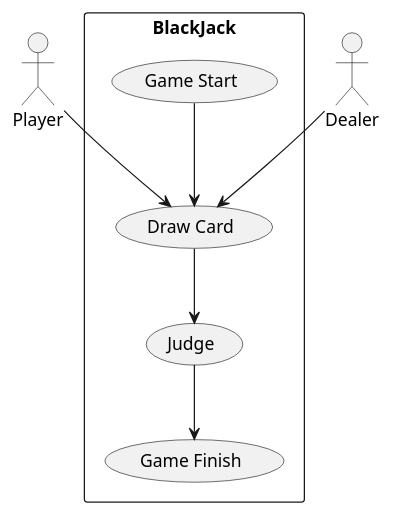
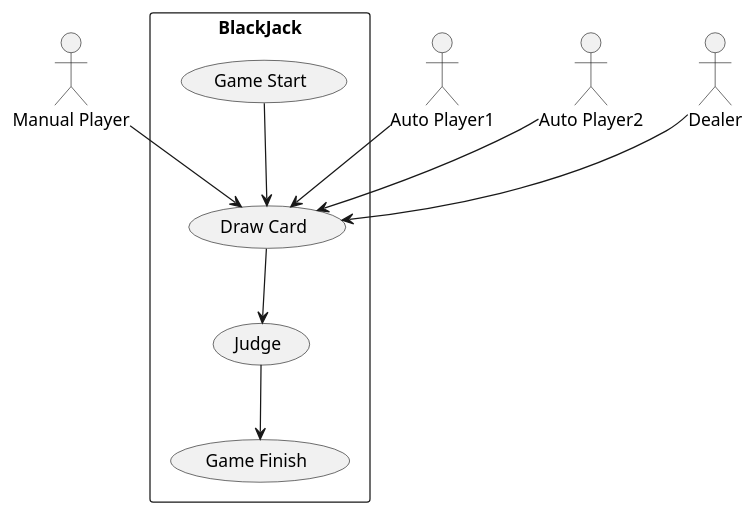
One commit to RohanKid/BlackJack changed the diagram in src/PlantUML/BlackJackUseCase.pu. Above: the diagram before and after it, drawn with PlantUML. The commit also changed 12 other files, not shown here.

```diff
--- a/src/PlantUML/BlackJackUseCase.pu
+++ b/src/PlantUML/BlackJackUseCase.pu
@@ -1,15 +1,19 @@
 @startuml Blackjack
 rectangle BlackJack {
   usecase "Game Start" as UC1
   usecase "Draw Card" as UC2
   usecase "Judge" as UC3
   usecase "Game Finish" as UC4
 }
-actor "Player" as Me
+actor "Manual Player" as Me
+actor "Auto Player1" as Pl1
+actor "Auto Player2" as Pl2
 actor "Dealer" as Dl
 Dl --> UC2
 UC1 --> UC2
 UC2 --> UC3
 UC3 --> UC4
 Me --> UC2
+Pl1 --> UC2
+Pl2 --> UC2
 @enduml
```
